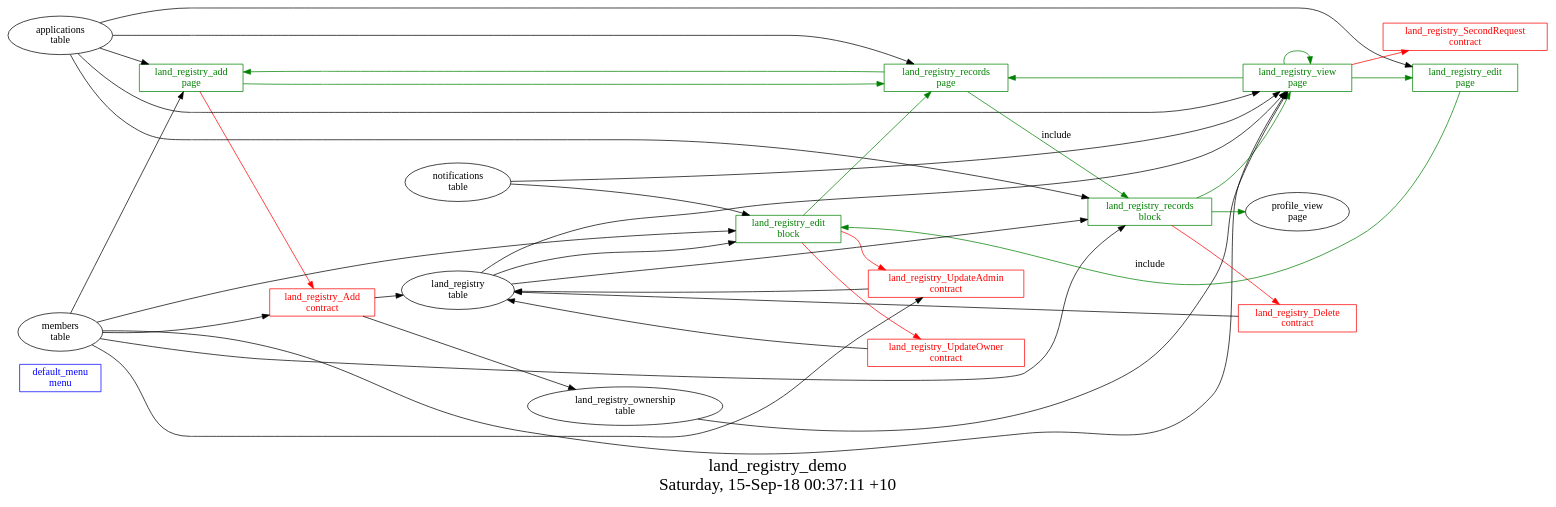
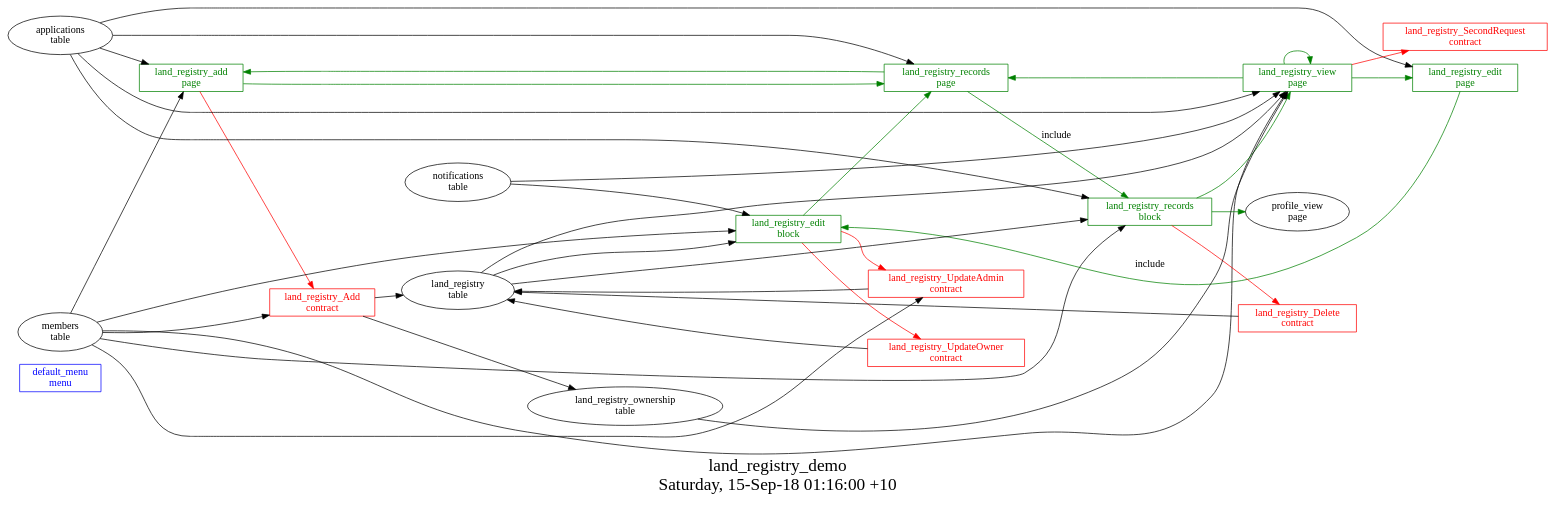
The diagram in quick-start-apps/land_registry_demo/struct.dot (AplaProject/apps), drawn with Graphviz before and after one commit. The commit also changed 12 other files, not shown here.

```diff
--- a/quick-start-apps/land_registry_demo/struct.dot
+++ b/quick-start-apps/land_registry_demo/struct.dot
@@ -1,59 +1,59 @@
 digraph G {
 fontsize="24";
-label="land_registry_demo\nSaturday, 15-Sep-18 00:37:11 +10";
+label="land_registry_demo\nSaturday, 15-Sep-18 01:16:00 +10";
 nojustify=true;
 ordering=out;
 rankdir=LR;
 size="30";
 "default_menu\nmenu" [color=blue, fontcolor=blue, group=menus, shape=record];
 "land_registry_add\npage" -> "land_registry_Add\ncontract"  [ color=red ]
 "applications\ntable" -> "land_registry_add\npage"
 "members\ntable" -> "land_registry_add\npage"
 "land_registry_add\npage" -> "land_registry_records\npage"  [ color=green ]
 "land_registry_add\npage" [color=green, fontcolor=green, group=pages, shape=record];
 "applications\ntable" -> "land_registry_edit\npage"
 "land_registry_edit\npage" -> "land_registry_edit\nblock"  [ color=green, label=include ]
 "land_registry_edit\npage" [color=green, fontcolor=green, group=pages, shape=record];
 "applications\ntable" -> "land_registry_records\npage"
 "land_registry_records\npage" -> "land_registry_add\npage"  [ color=green ]
 "land_registry_records\npage" -> "land_registry_records\nblock"  [ color=green, label=include ]
 "land_registry_records\npage" [color=green, fontcolor=green, group=pages, shape=record];
 "land_registry_view\npage" -> "land_registry_SecondRequest\ncontract"  [ color=red ]
 "applications\ntable" -> "land_registry_view\npage"
 "land_registry\ntable" -> "land_registry_view\npage"
 "land_registry_ownership\ntable" -> "land_registry_view\npage"
 "members\ntable" -> "land_registry_view\npage"
 "notifications\ntable" -> "land_registry_view\npage"
 "land_registry_view\npage" -> "land_registry_records\npage"  [ color=green ]
 "land_registry_view\npage" -> "land_registry_view\npage"  [ color=green ]
 "land_registry_view\npage" -> "land_registry_edit\npage"  [ color=green ]
 "land_registry_view\npage" [color=green, fontcolor=green, group=pages, shape=record];
 "land_registry_edit\nblock" -> "land_registry_UpdateAdmin\ncontract"  [ color=red ]
 "land_registry_edit\nblock" -> "land_registry_UpdateOwner\ncontract"  [ color=red ]
 "notifications\ntable" -> "land_registry_edit\nblock"
 "land_registry\ntable" -> "land_registry_edit\nblock"
 "members\ntable" -> "land_registry_edit\nblock"
 "land_registry_edit\nblock" -> "land_registry_records\npage"  [ color=green ]
 "land_registry_edit\nblock" [color=green, fontcolor=green, group=blocks, shape=record];
 "land_registry_records\nblock" -> "land_registry_Delete\ncontract"  [ color=red ]
 "applications\ntable" -> "land_registry_records\nblock"
 "land_registry\ntable" -> "land_registry_records\nblock"
 "members\ntable" -> "land_registry_records\nblock"
 "land_registry_records\nblock" -> "profile_view\npage"  [ color=green ]
 "land_registry_records\nblock" -> "land_registry_view\npage"  [ color=green ]
 "land_registry_records\nblock" [color=green, fontcolor=green, group=blocks, shape=record];
 "land_registry_Add\ncontract" -> "land_registry\ntable"  [ color="" ]
 "land_registry_Add\ncontract" -> "land_registry_ownership\ntable"  [ color="" ]
 "members\ntable" -> "land_registry_Add\ncontract"
 "land_registry_Add\ncontract" [color=red, fontcolor=red, group=contracts, shape=record];
 "land_registry_Delete\ncontract" -> "land_registry\ntable"  [ color="" ]
 "land_registry_Delete\ncontract" [color=red, fontcolor=red, group=contracts, shape=record];
 "land_registry_SecondRequest\ncontract" [color=red, fontcolor=red, group=contracts, shape=record];
 "land_registry_UpdateAdmin\ncontract" -> "land_registry\ntable"  [ color="" ]
 "members\ntable" -> "land_registry_UpdateAdmin\ncontract"
 "land_registry_UpdateAdmin\ncontract" [color=red, fontcolor=red, group=contracts, shape=record];
 "land_registry_UpdateOwner\ncontract" -> "land_registry\ntable"  [ color="" ]
 "land_registry_UpdateOwner\ncontract" [color=red, fontcolor=red, group=contracts, shape=record];
 "land_registry\ntable" [color="", fontcolor="", group=tables, shape=""];
 "land_registry_ownership\ntable" [color="", fontcolor="", group=tables, shape=""];
 }
```
